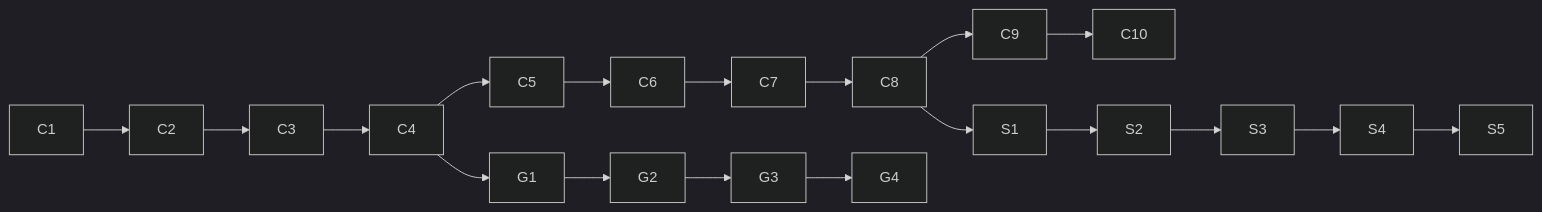
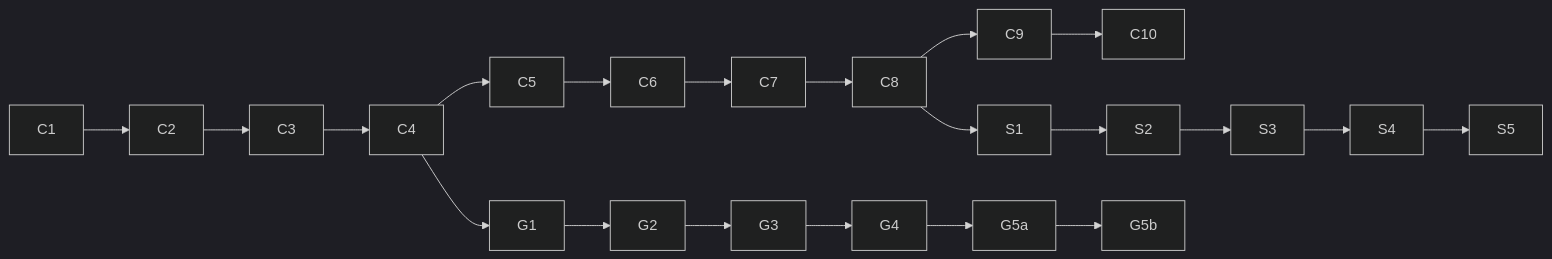
Before and after one commit to beforethenexttolast/w17-software-manual: the diagram in learning-manual/source_code_explanation_plan.md, drawn with Mermaid (dark theme). The commit also changed other lines of this file and 11 other files, not shown here.

````diff
--- a/learning-manual/source_code_explanation_plan.md
+++ b/learning-manual/source_code_explanation_plan.md
@@ -98,6 +115,6 @@
 ```mermaid
 flowchart LR
   C1 --> C2 --> C3 --> C4 --> C5 --> C6 --> C7 --> C8 --> C9 --> C10
   C8 --> S1 --> S2 --> S3 --> S4 --> S5
-  C4 --> G1 --> G2 --> G3 --> G4
+  C4 --> G1 --> G2 --> G3 --> G4 --> G5a --> G5b
 ```
````
